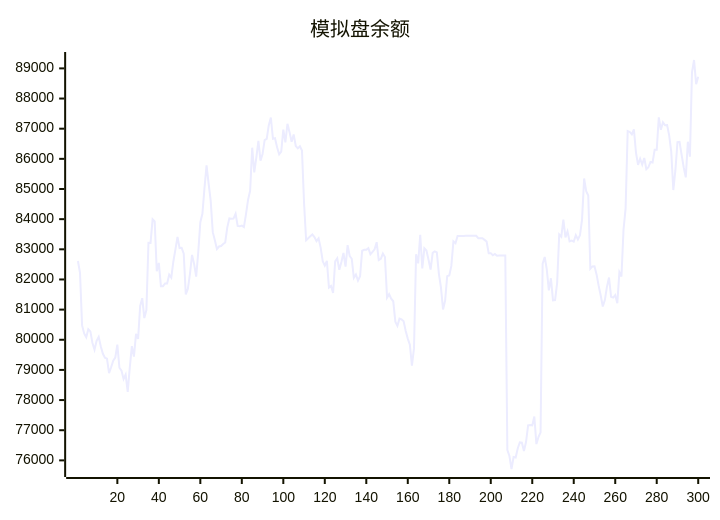
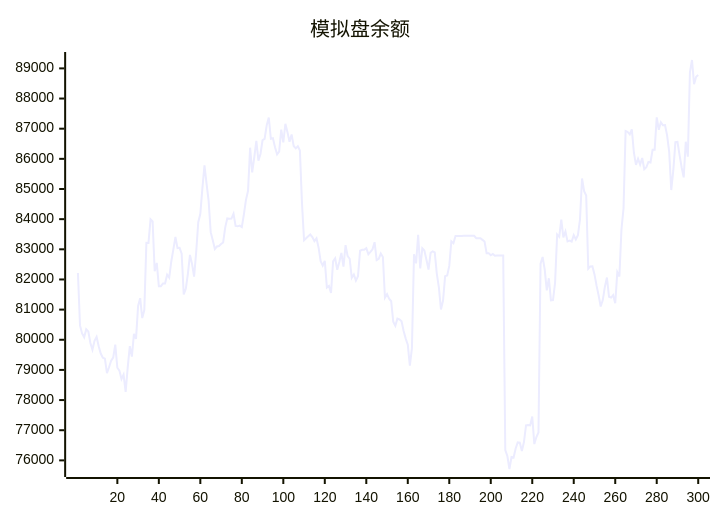
Before and after one commit to aahl/ai-trading: the diagram in README.md, drawn with Mermaid. The commit also changed other lines of this file and 1 other file, not shown here.

````diff
--- a/README.md
+++ b/README.md
@@ -5,5 +5,5 @@
 ```mermaid
 xychart
     title "模拟盘余额"
-    line [82613,82216,80477,80208,80081,80348,80277,79894,79670,79965,80093,79786,79542,79406,79371,78893,79087,79304,79406,79841,79072,78978,78696,78846,78272,79085,79787,79442,80198,80031,81120,81379,80718,80985,83214,83212,83993,83921,82270,82547,81776,81776,81866,81866,82158,82061,82596,83000,83408,83041,83050,82858,81503,81691,82188,82812,82517,82092,82901,83898,84180,85030,85781,85178,84604,83569,83298,83008,83093,83107,83175,83228,83729,84025,84017,84019,84177,83775,83762,83785,83738,84160,84639,84939,86370,85548,86046,86599,85942,86161,86622,86664,87115,87369,86666,86685,86384,86152,86243,86969,86548,87164,86885,86566,86809,86427,86348,86417,86273,84538,83299,83369,83430,83490,83404,83270,83362,83056,82605,82459,82614,81734,81788,81551,82598,82702,82320,82580,82878,82426,83139,82778,82686,82056,82166,81963,82110,82951,82983,82984,83038,82838,82915,82998,83235,82642,82682,82858,82746,81396,81512,81362,81277,80600,80461,80699,80673,80616,80288,80038,79836,79142,79722,82837,82533,83480,82366,83032,82960,82654,82330,82883,82934,82901,82188,81728,81005,81298,82110,82135,82449,83264,83203,83440,83439,83440,83440,83446,83447,83448,83447,83448,83449,83369,83369,83369,83313,83256,82872,82873,82801,82844,82785,82791,82791,82793,82794,76339,76145,75714,76110,76096,76397,76594,76585,76310,76607,77160,77170,77160,77456,76541,76774,76927,82520,82744,82337,81639,82040,81307,81314,81887,83490,83414,83984,83396,83594,83261,83287,83253,83470,83327,83465,83987,85348,84930,84786,82355,82433,82438,82167,81795,81466,81105,81315,81756,82064,81426,81398,81481,81210,82242,82099,83658,84359,86925,86892,86814,86980,86203,85802,86003,85811,86028,85657,85721,85896,85880,86300,86299,87378,86965,87214,87115,87118,86780,86238,84966,85623,86555,86562,86129,85722,85387,86569,86070,88870,89278,88477,88720]
+    line [82216,80477,80208,80081,80348,80277,79894,79670,79965,80093,79786,79542,79406,79371,78893,79087,79304,79406,79841,79072,78978,78696,78846,78272,79085,79787,79442,80198,80031,81120,81379,80718,80985,83214,83212,83993,83921,82270,82547,81776,81776,81866,81866,82158,82061,82596,83000,83408,83041,83050,82858,81503,81691,82188,82812,82517,82092,82901,83898,84180,85030,85781,85178,84604,83569,83298,83008,83093,83107,83175,83228,83729,84025,84017,84019,84177,83775,83762,83785,83738,84160,84639,84939,86370,85548,86046,86599,85942,86161,86622,86664,87115,87369,86666,86685,86384,86152,86243,86969,86548,87164,86885,86566,86809,86427,86348,86417,86273,84538,83299,83369,83430,83490,83404,83270,83362,83056,82605,82459,82614,81734,81788,81551,82598,82702,82320,82580,82878,82426,83139,82778,82686,82056,82166,81963,82110,82951,82983,82984,83038,82838,82915,82998,83235,82642,82682,82858,82746,81396,81512,81362,81277,80600,80461,80699,80673,80616,80288,80038,79836,79142,79722,82837,82533,83480,82366,83032,82960,82654,82330,82883,82934,82901,82188,81728,81005,81298,82110,82135,82449,83264,83203,83440,83439,83440,83440,83446,83447,83448,83447,83448,83449,83369,83369,83369,83313,83256,82872,82873,82801,82844,82785,82791,82791,82793,82794,76339,76145,75714,76110,76096,76397,76594,76585,76310,76607,77160,77170,77160,77456,76541,76774,76927,82520,82744,82337,81639,82040,81307,81314,81887,83490,83414,83984,83396,83594,83261,83287,83253,83470,83327,83465,83987,85348,84930,84786,82355,82433,82438,82167,81795,81466,81105,81315,81756,82064,81426,81398,81481,81210,82242,82099,83658,84359,86925,86892,86814,86980,86203,85802,86003,85811,86028,85657,85721,85896,85880,86300,86299,87378,86965,87214,87115,87118,86780,86238,84966,85623,86555,86562,86129,85722,85387,86569,86070,88870,89278,88477,88720,88781]
 ```
````
